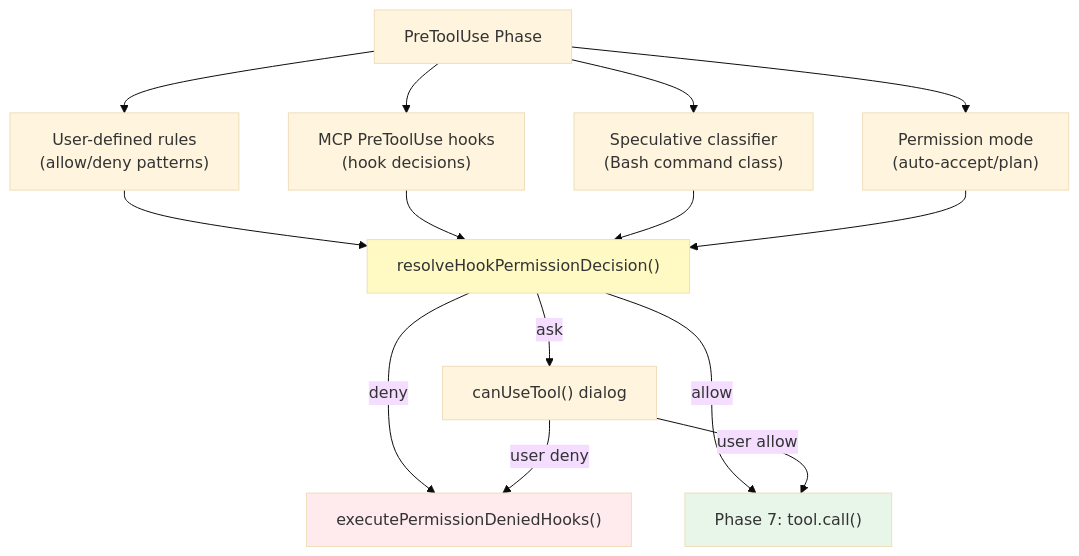
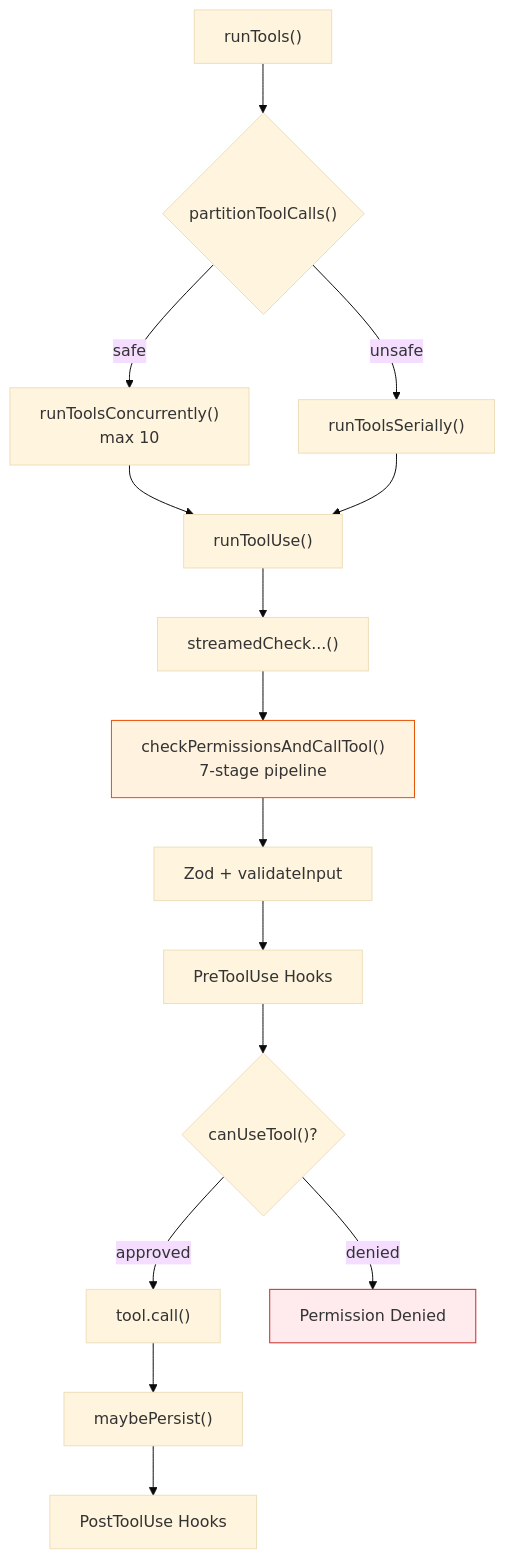
One commit to LiuYuuChen/clawcode_analysis changed the fourth of 8 diagrams in branches/main/task-analyses/T-05-tool-system-core.md. Above: the diagram before and after it, drawn with Mermaid (base theme). The commit also changed other lines of this file and 137 other files, not shown here.

````diff
--- a/branches/main/task-analyses/T-05-tool-system-core.md
+++ b/branches/main/task-analyses/T-05-tool-system-core.md
@@ -822,22 +600,28 @@
 ```mermaid
 flowchart TD
-    START["PreToolUse Phase"] --> RULES["User-defined rules<br/>(allow/deny patterns)"]
-    START --> HOOKS["MCP PreToolUse hooks<br/>(hook decisions)"]
-    START --> CLASSIFIER["Speculative classifier<br/>(Bash command class)"]
-    START --> MODE["Permission mode<br/>(auto-accept/plan)"]
+    Entry["runTools()"]
+    Partition{"partitionToolCalls()"}
+    Concurrent["runToolsConcurrently()<br/>max 10"]
+    Serial["runToolsSerially()"]
+    RunTool["runToolUse()"]
+    Stream["streamedCheck...()"]
+    Pipeline["checkPermissionsAndCallTool()<br/>7-stage pipeline"]
+    Validate["Zod + validateInput"]
+    Hooks["PreToolUse Hooks"]
+    Perm{"canUseTool()?"}
+    Call["tool.call()"]
+    Persist["maybePersist()"]
+    PostHooks["PostToolUse Hooks"]
+    Deny["Permission Denied"]
 
-    RULES --> RESOLVE["resolveHookPermissionDecision()"]
-    HOOKS --> RESOLVE
-    CLASSIFIER --> RESOLVE
-    MODE --> RESOLVE
+    Entry --> Partition
+    Partition -->|safe| Concurrent --> RunTool
+    Partition -->|unsafe| Serial --> RunTool
+    RunTool --> Stream --> Pipeline
+    Pipeline --> Validate --> Hooks --> Perm
+    Perm -->|approved| Call --> Persist --> PostHooks
+    Perm -->|denied| Deny
 
-    RESOLVE -->|deny| REJECT["executePermissionDeniedHooks()"]
-    RESOLVE -->|allow| PROCEED["Phase 7: tool.call()"]
-    RESOLVE -->|ask| DIALOG["canUseTool() dialog"]
-    DIALOG -->|user deny| REJECT
-    DIALOG -->|user allow| PROCEED
-
-    style REJECT fill:#ffebee
-    style PROCEED fill:#e8f5e9
-    style RESOLVE fill:#fff9c4
+    style Pipeline fill:#fff3e0,stroke:#e65100
+    style Deny fill:#ffebee,stroke:#c62828
 ```
````
